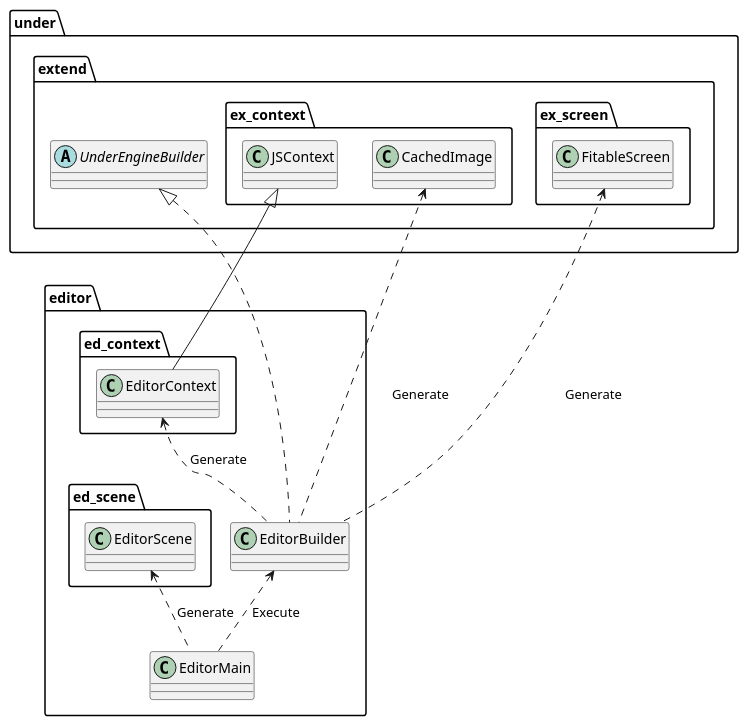
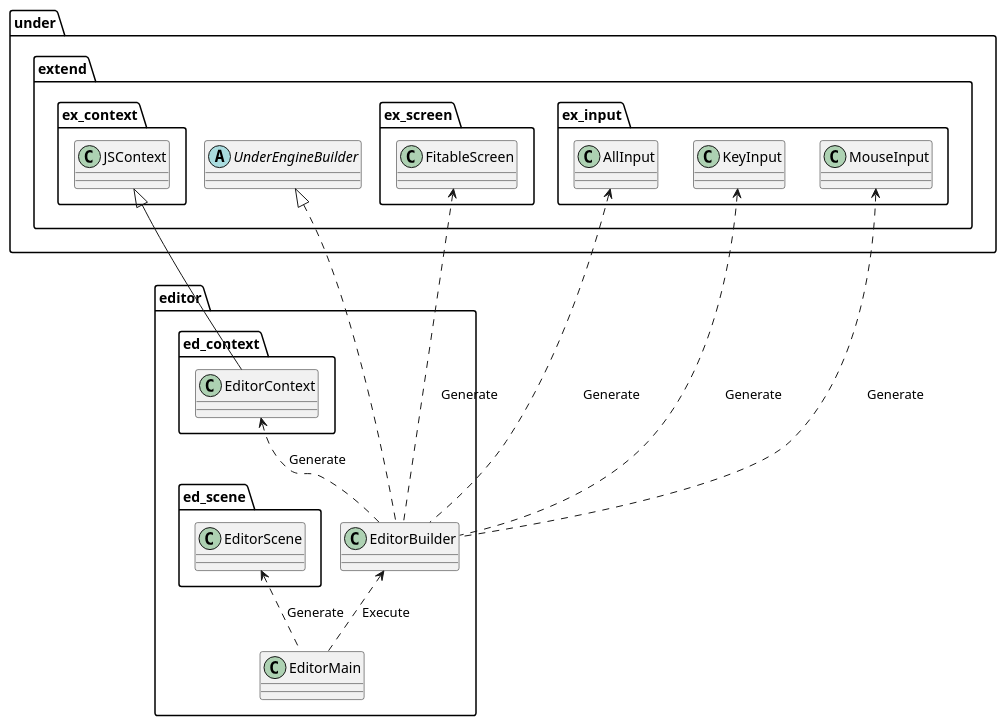
One commit to Expine/Under changed the diagram in uml/editor/GameBase.wsd. Above: the diagram before and after it, drawn with PlantUML. The commit also changed 48 other files, not shown here.

Commit message:
Abstract key and mouse input and separate it, add prevented key

```diff
--- a/uml/editor/GameBase.wsd
+++ b/uml/editor/GameBase.wsd
@@ -1,40 +1,46 @@
 @startuml EditorGameBase
 
 package editor {
     class EditorMain
     class EditorBuilder
 
     package ed_context {
         class EditorContext
     }
 }
 
 package under {
     package extend {
         abstract UnderEngineBuilder
         package ex_context {
             class JSContext
-            class CachedImage
         }
         package ex_screen {
             class FitableScreen
+        }
+        package ex_input {
+            class AllInput
+            class KeyInput
+            class MouseInput
         }
     }
 }
 
 package editor {
     package ed_scene {
         class EditorScene
     }
 }
 
 EditorBuilder <.. EditorMain : "Execute"
 EditorScene <.. EditorMain : "Generate"
 FitableScreen <.. EditorBuilder : "Generate"
 EditorContext <.. EditorBuilder : "Generate"
-CachedImage <.. EditorBuilder : "Generate"
+AllInput <.. EditorBuilder : "Generate"
+KeyInput <.. EditorBuilder : "Generate"
+MouseInput <.. EditorBuilder : "Generate"
 
 UnderEngineBuilder <|... EditorBuilder
 JSContext <|-- EditorContext
 
 @enduml
```
